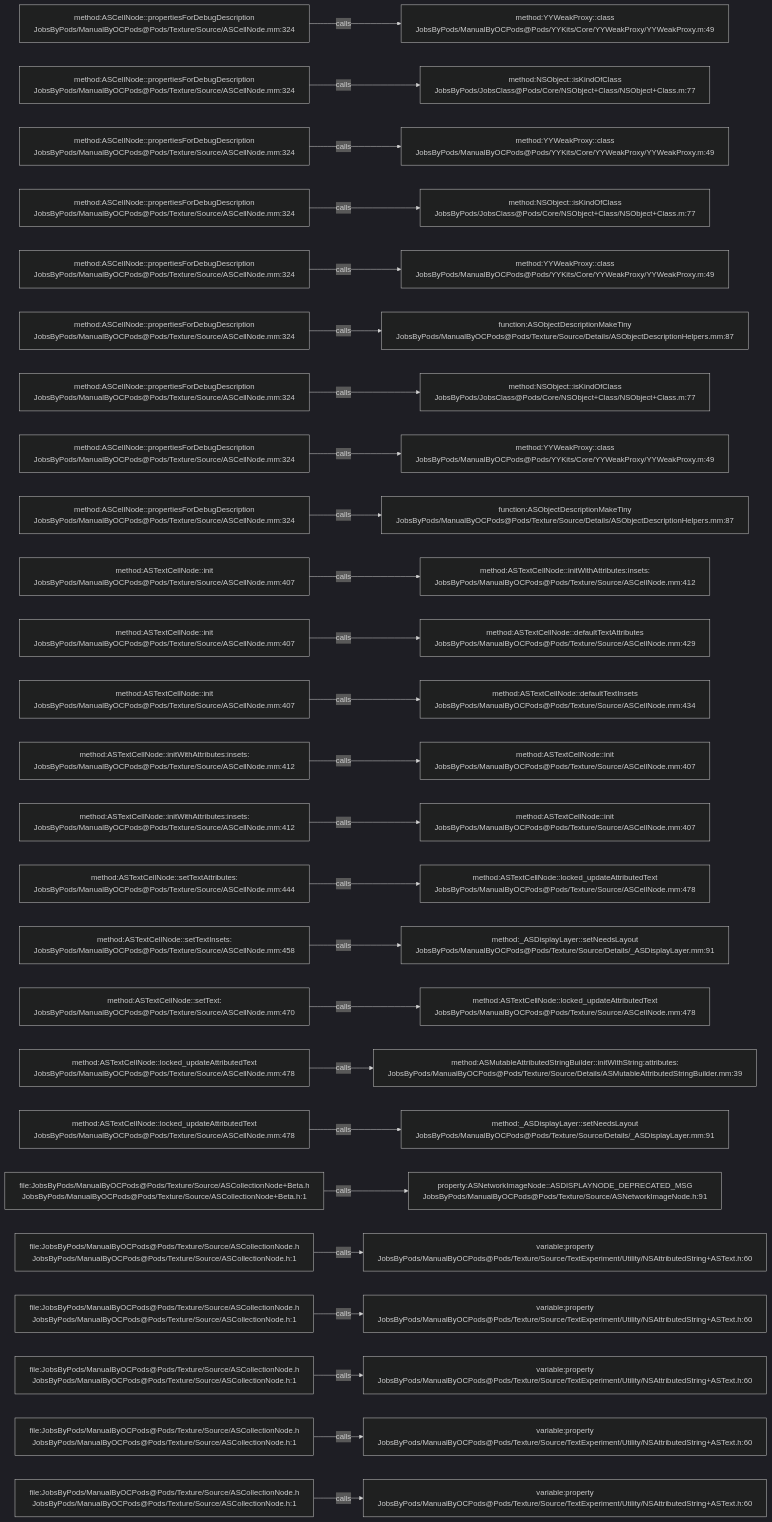
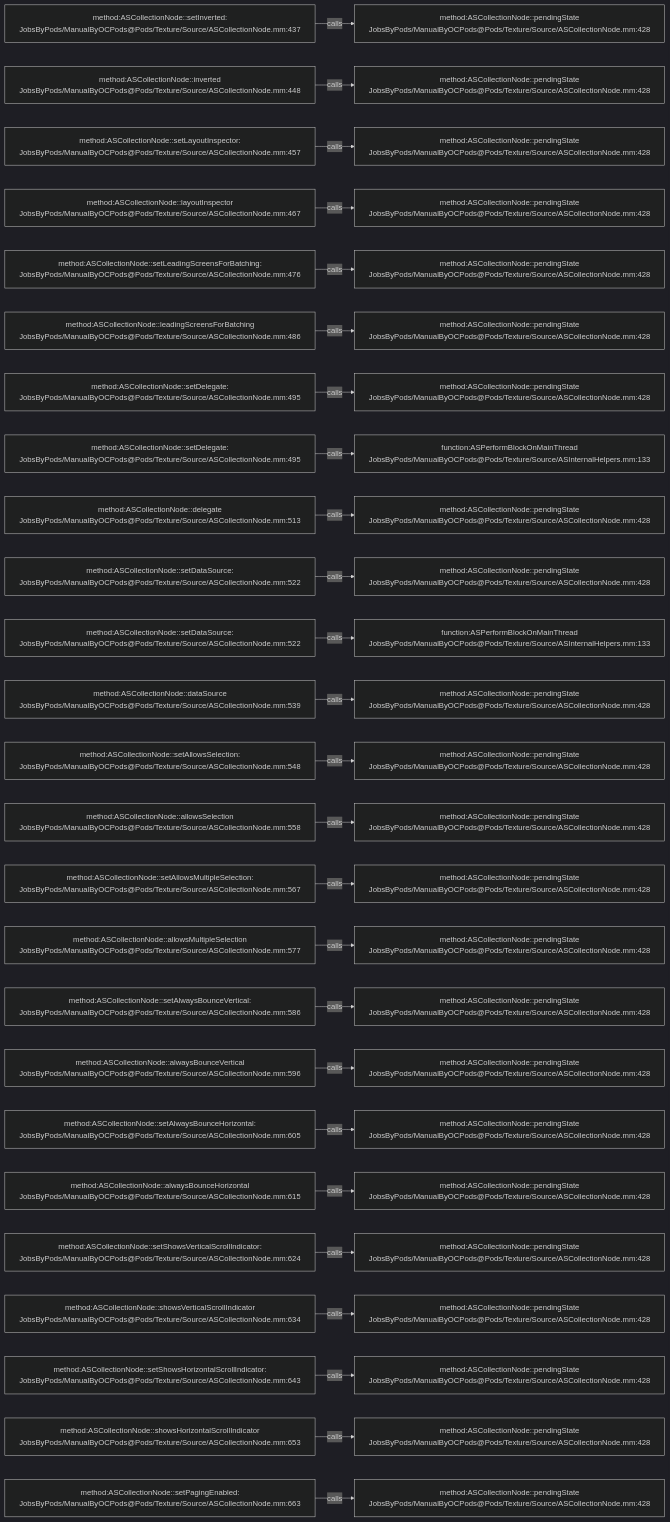
One commit to JobsKits/JobsOCBaseConfigDemo changed the diagram in .codegraph/codegraph.md/graphs/calls-075.md. Above: the diagram before and after it, drawn with Mermaid (dark theme). The commit also changed 1353 other files, not shown here.

````diff
--- a/.codegraph/codegraph.md/graphs/calls-075.md
+++ b/.codegraph/codegraph.md/graphs/calls-075.md
@@ -13,78 +13,78 @@
 ```mermaid
 flowchart LR
-  S1["method:ASCellNode::propertiesForDebugDescription<br/>JobsByPods/ManualByOCPods@Pods/Texture/Source/ASCellNode.mm:324"]
-  T1["method:YYWeakProxy::class<br/>JobsByPods/ManualByOCPods@Pods/YYKits/Core/YYWeakProxy/YYWeakProxy.m:49"]
+  S1["method:ASCollectionNode::setInverted:<br/>JobsByPods/ManualByOCPods@Pods/Texture/Source/ASCollectionNode.mm:437"]
+  T1["method:ASCollectionNode::pendingState<br/>JobsByPods/ManualByOCPods@Pods/Texture/Source/ASCollectionNode.mm:428"]
   S1 -->|calls| T1
-  S2["method:ASCellNode::propertiesForDebugDescription<br/>JobsByPods/ManualByOCPods@Pods/Texture/Source/ASCellNode.mm:324"]
-  T2["method:NSObject::isKindOfClass<br/>JobsByPods/JobsClass@Pods/Core/NSObject+Class/NSObject+Class.m:77"]
+  S2["method:ASCollectionNode::inverted<br/>JobsByPods/ManualByOCPods@Pods/Texture/Source/ASCollectionNode.mm:448"]
+  T2["method:ASCollectionNode::pendingState<br/>JobsByPods/ManualByOCPods@Pods/Texture/Source/ASCollectionNode.mm:428"]
   S2 -->|calls| T2
-  S3["method:ASCellNode::propertiesForDebugDescription<br/>JobsByPods/ManualByOCPods@Pods/Texture/Source/ASCellNode.mm:324"]
-  T3["method:YYWeakProxy::class<br/>JobsByPods/ManualByOCPods@Pods/YYKits/Core/YYWeakProxy/YYWeakProxy.m:49"]
+  S3["method:ASCollectionNode::setLayoutInspector:<br/>JobsByPods/ManualByOCPods@Pods/Texture/Source/ASCollectionNode.mm:457"]
+  T3["method:ASCollectionNode::pendingState<br/>JobsByPods/ManualByOCPods@Pods/Texture/Source/ASCollectionNode.mm:428"]
   S3 -->|calls| T3
-  S4["method:ASCellNode::propertiesForDebugDescription<br/>JobsByPods/ManualByOCPods@Pods/Texture/Source/ASCellNode.mm:324"]
-  T4["method:NSObject::isKindOfClass<br/>JobsByPods/JobsClass@Pods/Core/NSObject+Class/NSObject+Class.m:77"]
+  S4["method:ASCollectionNode::layoutInspector<br/>JobsByPods/ManualByOCPods@Pods/Texture/Source/ASCollectionNode.mm:467"]
+  T4["method:ASCollectionNode::pendingState<br/>JobsByPods/ManualByOCPods@Pods/Texture/Source/ASCollectionNode.mm:428"]
   S4 -->|calls| T4
-  S5["method:ASCellNode::propertiesForDebugDescription<br/>JobsByPods/ManualByOCPods@Pods/Texture/Source/ASCellNode.mm:324"]
-  T5["method:YYWeakProxy::class<br/>JobsByPods/ManualByOCPods@Pods/YYKits/Core/YYWeakProxy/YYWeakProxy.m:49"]
+  S5["method:ASCollectionNode::setLeadingScreensForBatching:<br/>JobsByPods/ManualByOCPods@Pods/Texture/Source/ASCollectionNode.mm:476"]
+  T5["method:ASCollectionNode::pendingState<br/>JobsByPods/ManualByOCPods@Pods/Texture/Source/ASCollectionNode.mm:428"]
   S5 -->|calls| T5
-  S6["method:ASCellNode::propertiesForDebugDescription<br/>JobsByPods/ManualByOCPods@Pods/Texture/Source/ASCellNode.mm:324"]
-  T6["function:ASObjectDescriptionMakeTiny<br/>JobsByPods/ManualByOCPods@Pods/Texture/Source/Details/ASObjectDescriptionHelpers.mm:87"]
+  S6["method:ASCollectionNode::leadingScreensForBatching<br/>JobsByPods/ManualByOCPods@Pods/Texture/Source/ASCollectionNode.mm:486"]
+  T6["method:ASCollectionNode::pendingState<br/>JobsByPods/ManualByOCPods@Pods/Texture/Source/ASCollectionNode.mm:428"]
   S6 -->|calls| T6
-  S7["method:ASCellNode::propertiesForDebugDescription<br/>JobsByPods/ManualByOCPods@Pods/Texture/Source/ASCellNode.mm:324"]
-  T7["method:NSObject::isKindOfClass<br/>JobsByPods/JobsClass@Pods/Core/NSObject+Class/NSObject+Class.m:77"]
+  S7["method:ASCollectionNode::setDelegate:<br/>JobsByPods/ManualByOCPods@Pods/Texture/Source/ASCollectionNode.mm:495"]
+  T7["method:ASCollectionNode::pendingState<br/>JobsByPods/ManualByOCPods@Pods/Texture/Source/ASCollectionNode.mm:428"]
   S7 -->|calls| T7
-  S8["method:ASCellNode::propertiesForDebugDescription<br/>JobsByPods/ManualByOCPods@Pods/Texture/Source/ASCellNode.mm:324"]
-  T8["method:YYWeakProxy::class<br/>JobsByPods/ManualByOCPods@Pods/YYKits/Core/YYWeakProxy/YYWeakProxy.m:49"]
+  S8["method:ASCollectionNode::setDelegate:<br/>JobsByPods/ManualByOCPods@Pods/Texture/Source/ASCollectionNode.mm:495"]
+  T8["function:ASPerformBlockOnMainThread<br/>JobsByPods/ManualByOCPods@Pods/Texture/Source/ASInternalHelpers.mm:133"]
   S8 -->|calls| T8
-  S9["method:ASCellNode::propertiesForDebugDescription<br/>JobsByPods/ManualByOCPods@Pods/Texture/Source/ASCellNode.mm:324"]
-  T9["function:ASObjectDescriptionMakeTiny<br/>JobsByPods/ManualByOCPods@Pods/Texture/Source/Details/ASObjectDescriptionHelpers.mm:87"]
+  S9["method:ASCollectionNode::delegate<br/>JobsByPods/ManualByOCPods@Pods/Texture/Source/ASCollectionNode.mm:513"]
+  T9["method:ASCollectionNode::pendingState<br/>JobsByPods/ManualByOCPods@Pods/Texture/Source/ASCollectionNode.mm:428"]
   S9 -->|calls| T9
-  S10["method:ASTextCellNode::init<br/>JobsByPods/ManualByOCPods@Pods/Texture/Source/ASCellNode.mm:407"]
-  T10["method:ASTextCellNode::initWithAttributes:insets:<br/>JobsByPods/ManualByOCPods@Pods/Texture/Source/ASCellNode.mm:412"]
+  S10["method:ASCollectionNode::setDataSource:<br/>JobsByPods/ManualByOCPods@Pods/Texture/Source/ASCollectionNode.mm:522"]
+  T10["method:ASCollectionNode::pendingState<br/>JobsByPods/ManualByOCPods@Pods/Texture/Source/ASCollectionNode.mm:428"]
   S10 -->|calls| T10
-  S11["method:ASTextCellNode::init<br/>JobsByPods/ManualByOCPods@Pods/Texture/Source/ASCellNode.mm:407"]
-  T11["method:ASTextCellNode::defaultTextAttributes<br/>JobsByPods/ManualByOCPods@Pods/Texture/Source/ASCellNode.mm:429"]
+  S11["method:ASCollectionNode::setDataSource:<br/>JobsByPods/ManualByOCPods@Pods/Texture/Source/ASCollectionNode.mm:522"]
+  T11["function:ASPerformBlockOnMainThread<br/>JobsByPods/ManualByOCPods@Pods/Texture/Source/ASInternalHelpers.mm:133"]
   S11 -->|calls| T11
-  S12["method:ASTextCellNode::init<br/>JobsByPods/ManualByOCPods@Pods/Texture/Source/ASCellNode.mm:407"]
-  T12["method:ASTextCellNode::defaultTextInsets<br/>JobsByPods/ManualByOCPods@Pods/Texture/Source/ASCellNode.mm:434"]
+  S12["method:ASCollectionNode::dataSource<br/>JobsByPods/ManualByOCPods@Pods/Texture/Source/ASCollectionNode.mm:539"]
+  T12["method:ASCollectionNode::pendingState<br/>JobsByPods/ManualByOCPods@Pods/Texture/Source/ASCollectionNode.mm:428"]
   S12 -->|calls| T12
-  S13["method:ASTextCellNode::initWithAttributes:insets:<br/>JobsByPods/ManualByOCPods@Pods/Texture/Source/ASCellNode.mm:412"]
-  T13["method:ASTextCellNode::init<br/>JobsByPods/ManualByOCPods@Pods/Texture/Source/ASCellNode.mm:407"]
+  S13["method:ASCollectionNode::setAllowsSelection:<br/>JobsByPods/ManualByOCPods@Pods/Texture/Source/ASCollectionNode.mm:548"]
+  T13["method:ASCollectionNode::pendingState<br/>JobsByPods/ManualByOCPods@Pods/Texture/Source/ASCollectionNode.mm:428"]
   S13 -->|calls| T13
-  S14["method:ASTextCellNode::initWithAttributes:insets:<br/>JobsByPods/ManualByOCPods@Pods/Texture/Source/ASCellNode.mm:412"]
-  T14["method:ASTextCellNode::init<br/>JobsByPods/ManualByOCPods@Pods/Texture/Source/ASCellNode.mm:407"]
+  S14["method:ASCollectionNode::allowsSelection<br/>JobsByPods/ManualByOCPods@Pods/Texture/Source/ASCollectionNode.mm:558"]
+  T14["method:ASCollectionNode::pendingState<br/>JobsByPods/ManualByOCPods@Pods/Texture/Source/ASCollectionNode.mm:428"]
   S14 -->|calls| T14
-  S15["method:ASTextCellNode::setTextAttributes:<br/>JobsByPods/ManualByOCPods@Pods/Texture/Source/ASCellNode.mm:444"]
-  T15["method:ASTextCellNode::locked_updateAttributedText<br/>JobsByPods/ManualByOCPods@Pods/Texture/Source/ASCellNode.mm:478"]
+  S15["method:ASCollectionNode::setAllowsMultipleSelection:<br/>JobsByPods/ManualByOCPods@Pods/Texture/Source/ASCollectionNode.mm:567"]
+  T15["method:ASCollectionNode::pendingState<br/>JobsByPods/ManualByOCPods@Pods/Texture/Source/ASCollectionNode.mm:428"]
   S15 -->|calls| T15
-  S16["method:ASTextCellNode::setTextInsets:<br/>JobsByPods/ManualByOCPods@Pods/Texture/Source/ASCellNode.mm:458"]
-  T16["method:_ASDisplayLayer::setNeedsLayout<br/>JobsByPods/ManualByOCPods@Pods/Texture/Source/Details/_ASDisplayLayer.mm:91"]
+  S16["method:ASCollectionNode::allowsMultipleSelection<br/>JobsByPods/ManualByOCPods@Pods/Texture/Source/ASCollectionNode.mm:577"]
+  T16["method:ASCollectionNode::pendingState<br/>JobsByPods/ManualByOCPods@Pods/Texture/Source/ASCollectionNode.mm:428"]
   S16 -->|calls| T16
-  S17["method:ASTextCellNode::setText:<br/>JobsByPods/ManualByOCPods@Pods/Texture/Source/ASCellNode.mm:470"]
-  T17["method:ASTextCellNode::locked_updateAttributedText<br/>JobsByPods/ManualByOCPods@Pods/Texture/Source/ASCellNode.mm:478"]
+  S17["method:ASCollectionNode::setAlwaysBounceVertical:<br/>JobsByPods/ManualByOCPods@Pods/Texture/Source/ASCollectionNode.mm:586"]
+  T17["method:ASCollectionNode::pendingState<br/>JobsByPods/ManualByOCPods@Pods/Texture/Source/ASCollectionNode.mm:428"]
   S17 -->|calls| T17
-  S18["method:ASTextCellNode::locked_updateAttributedText<br/>JobsByPods/ManualByOCPods@Pods/Texture/Source/ASCellNode.mm:478"]
-  T18["method:ASMutableAttributedStringBuilder::initWithString:attributes:<br/>JobsByPods/ManualByOCPods@Pods/Texture/Source/Details/ASMutableAttributedStringBuilder.mm:39"]
+  S18["method:ASCollectionNode::alwaysBounceVertical<br/>JobsByPods/ManualByOCPods@Pods/Texture/Source/ASCollectionNode.mm:596"]
+  T18["method:ASCollectionNode::pendingState<br/>JobsByPods/ManualByOCPods@Pods/Texture/Source/ASCollectionNode.mm:428"]
   S18 -->|calls| T18
-  S19["method:ASTextCellNode::locked_updateAttributedText<br/>JobsByPods/ManualByOCPods@Pods/Texture/Source/ASCellNode.mm:478"]
-  T19["method:_ASDisplayLayer::setNeedsLayout<br/>JobsByPods/ManualByOCPods@Pods/Texture/Source/Details/_ASDisplayLayer.mm:91"]
+  S19["method:ASCollectionNode::setAlwaysBounceHorizontal:<br/>JobsByPods/ManualByOCPods@Pods/Texture/Source/ASCollectionNode.mm:605"]
+  T19["method:ASCollectionNode::pendingState<br/>JobsByPods/ManualByOCPods@Pods/Texture/Source/ASCollectionNode.mm:428"]
   S19 -->|calls| T19
-  S20["file:JobsByPods/ManualByOCPods@Pods/Texture/Source/ASCollectionNode+Beta.h<br/>JobsByPods/ManualByOCPods@Pods/Texture/Source/ASCollectionNode+Beta.h:1"]
-  T20["property:ASNetworkImageNode::ASDISPLAYNODE_DEPRECATED_MSG<br/>JobsByPods/ManualByOCPods@Pods/Texture/Source/ASNetworkImageNode.h:91"]
+  S20["method:ASCollectionNode::alwaysBounceHorizontal<br/>JobsByPods/ManualByOCPods@Pods/Texture/Source/ASCollectionNode.mm:615"]
+  T20["method:ASCollectionNode::pendingState<br/>JobsByPods/ManualByOCPods@Pods/Texture/Source/ASCollectionNode.mm:428"]
   S20 -->|calls| T20
-  S21["file:JobsByPods/ManualByOCPods@Pods/Texture/Source/ASCollectionNode.h<br/>JobsByPods/ManualByOCPods@Pods/Texture/Source/ASCollectionNode.h:1"]
-  T21["variable:property<br/>JobsByPods/ManualByOCPods@Pods/Texture/Source/TextExperiment/Utility/NSAttributedString+ASText.h:60"]
+  S21["method:ASCollectionNode::setShowsVerticalScrollIndicator:<br/>JobsByPods/ManualByOCPods@Pods/Texture/Source/ASCollectionNode.mm:624"]
+  T21["method:ASCollectionNode::pendingState<br/>JobsByPods/ManualByOCPods@Pods/Texture/Source/ASCollectionNode.mm:428"]
   S21 -->|calls| T21
-  S22["file:JobsByPods/ManualByOCPods@Pods/Texture/Source/ASCollectionNode.h<br/>JobsByPods/ManualByOCPods@Pods/Texture/Source/ASCollectionNode.h:1"]
-  T22["variable:property<br/>JobsByPods/ManualByOCPods@Pods/Texture/Source/TextExperiment/Utility/NSAttributedString+ASText.h:60"]
+  S22["method:ASCollectionNode::showsVerticalScrollIndicator<br/>JobsByPods/ManualByOCPods@Pods/Texture/Source/ASCollectionNode.mm:634"]
+  T22["method:ASCollectionNode::pendingState<br/>JobsByPods/ManualByOCPods@Pods/Texture/Source/ASCollectionNode.mm:428"]
   S22 -->|calls| T22
-  S23["file:JobsByPods/ManualByOCPods@Pods/Texture/Source/ASCollectionNode.h<br/>JobsByPods/ManualByOCPods@Pods/Texture/Source/ASCollectionNode.h:1"]
-  T23["variable:property<br/>JobsByPods/ManualByOCPods@Pods/Texture/Source/TextExperiment/Utility/NSAttributedString+ASText.h:60"]
+  S23["method:ASCollectionNode::setShowsHorizontalScrollIndicator:<br/>JobsByPods/ManualByOCPods@Pods/Texture/Source/ASCollectionNode.mm:643"]
+  T23["method:ASCollectionNode::pendingState<br/>JobsByPods/ManualByOCPods@Pods/Texture/Source/ASCollectionNode.mm:428"]
   S23 -->|calls| T23
-  S24["file:JobsByPods/ManualByOCPods@Pods/Texture/Source/ASCollectionNode.h<br/>JobsByPods/ManualByOCPods@Pods/Texture/Source/ASCollectionNode.h:1"]
-  T24["variable:property<br/>JobsByPods/ManualByOCPods@Pods/Texture/Source/TextExperiment/Utility/NSAttributedString+ASText.h:60"]
+  S24["method:ASCollectionNode::showsHorizontalScrollIndicator<br/>JobsByPods/ManualByOCPods@Pods/Texture/Source/ASCollectionNode.mm:653"]
+  T24["method:ASCollectionNode::pendingState<br/>JobsByPods/ManualByOCPods@Pods/Texture/Source/ASCollectionNode.mm:428"]
   S24 -->|calls| T24
-  S25["file:JobsByPods/ManualByOCPods@Pods/Texture/Source/ASCollectionNode.h<br/>JobsByPods/ManualByOCPods@Pods/Texture/Source/ASCollectionNode.h:1"]
-  T25["variable:property<br/>JobsByPods/ManualByOCPods@Pods/Texture/Source/TextExperiment/Utility/NSAttributedString+ASText.h:60"]
+  S25["method:ASCollectionNode::setPagingEnabled:<br/>JobsByPods/ManualByOCPods@Pods/Texture/Source/ASCollectionNode.mm:663"]
+  T25["method:ASCollectionNode::pendingState<br/>JobsByPods/ManualByOCPods@Pods/Texture/Source/ASCollectionNode.mm:428"]
   S25 -->|calls| T25
 ```
````
